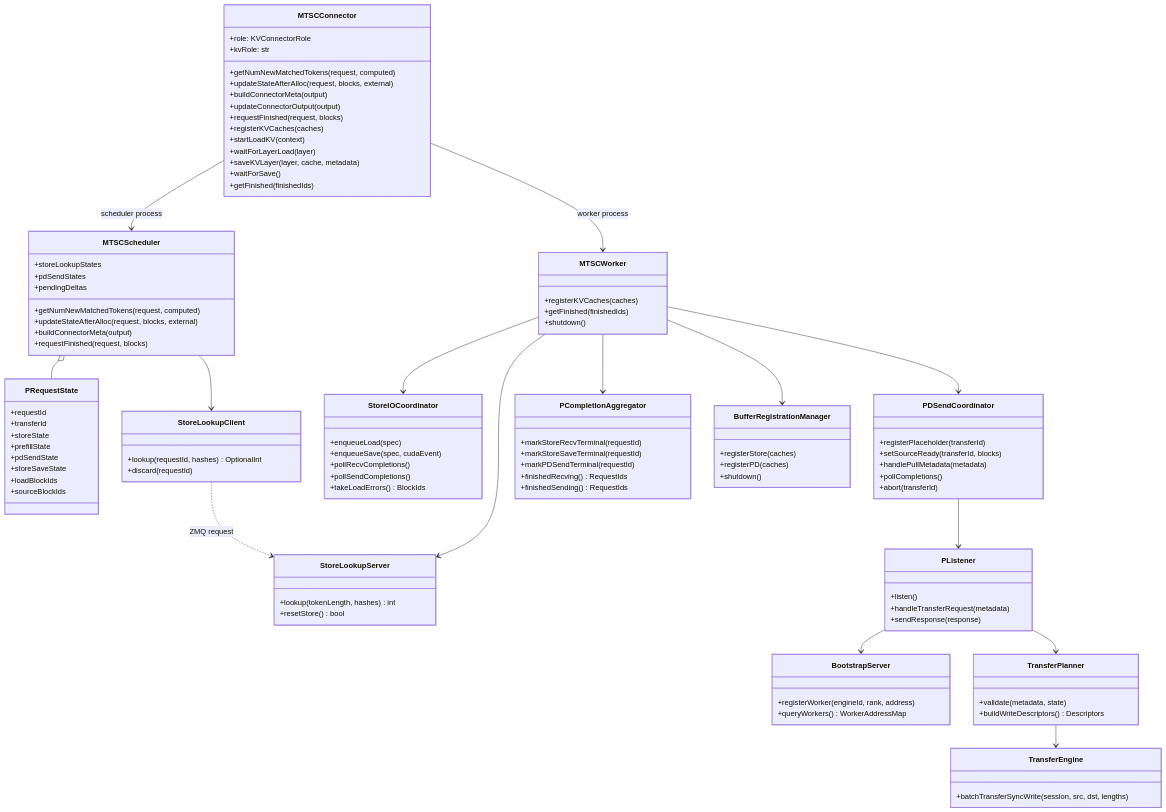
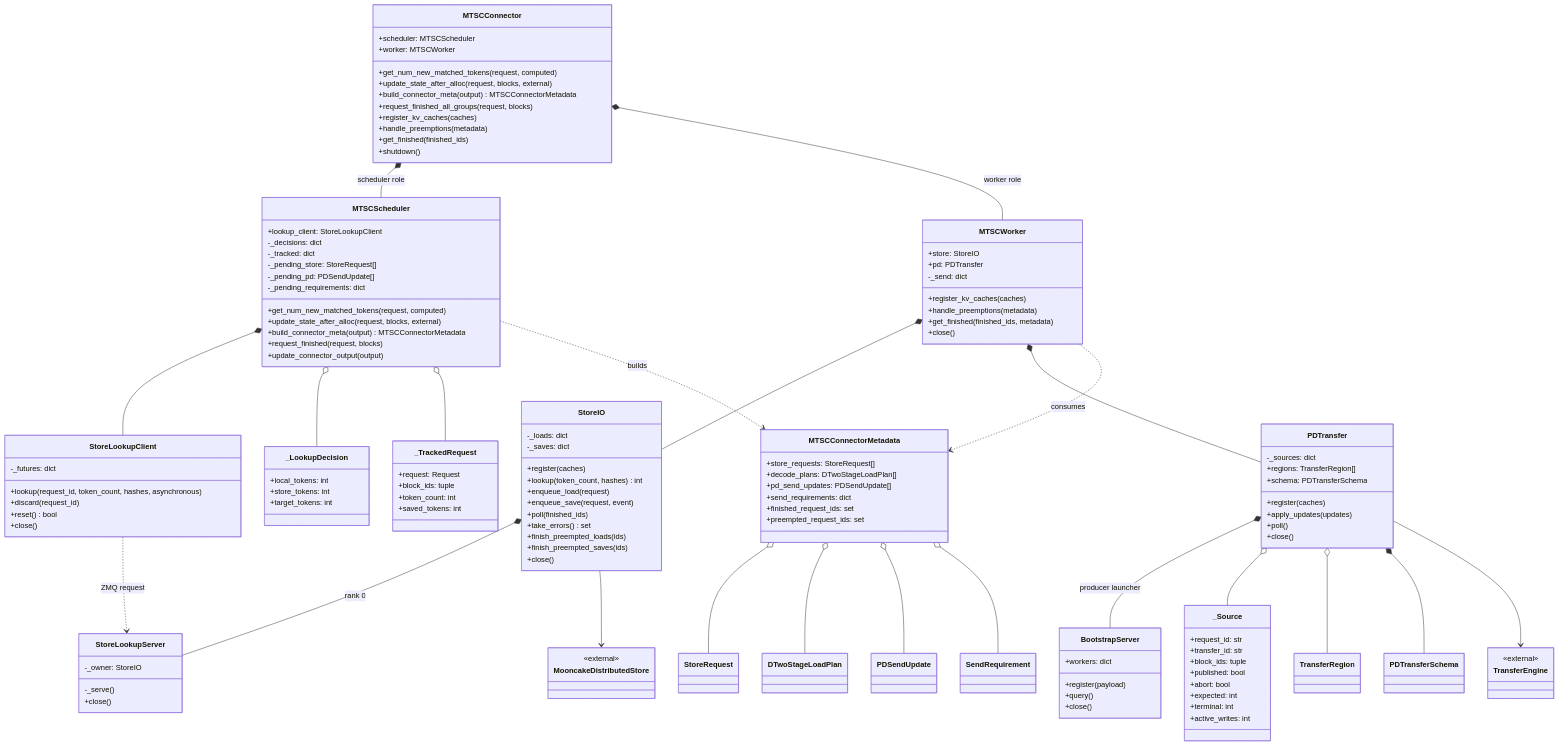
Before and after one commit to WangSu-X/MTSC: the first of 4 diagrams in docs/design/S02-prefill设计.md, drawn with Mermaid. The commit also changed other lines of this file and 18 other files, not shown here.

Commit message:
feat: two stage load v0

````diff
--- a/docs/design/S02-prefill设计.md
+++ b/docs/design/S02-prefill设计.md
@@ -163,107 +165,140 @@
 ```mermaid
 classDiagram
     class MTSCConnector {
-        +role: KVConnectorRole
-        +kvRole: str
-        +getNumNewMatchedTokens(request, computed)
-        +updateStateAfterAlloc(request, blocks, external)
-        +buildConnectorMeta(output)
-        +updateConnectorOutput(output)
-        +requestFinished(request, blocks)
-        +registerKVCaches(caches)
-        +startLoadKV(context)
-        +waitForLayerLoad(layer)
-        +saveKVLayer(layer, cache, metadata)
-        +waitForSave()
-        +getFinished(finishedIds)
+        +scheduler: MTSCScheduler
+        +worker: MTSCWorker
+        +get_num_new_matched_tokens(request, computed)
+        +update_state_after_alloc(request, blocks, external)
+        +build_connector_meta(output) MTSCConnectorMetadata
+        +request_finished_all_groups(request, blocks)
+        +register_kv_caches(caches)
+        +handle_preemptions(metadata)
+        +get_finished(finished_ids)
+        +shutdown()
     }
     class MTSCScheduler {
-        +storeLookupStates
-        +pdSendStates
-        +pendingDeltas
-        +getNumNewMatchedTokens(request, computed)
-        +updateStateAfterAlloc(request, blocks, external)
-        +buildConnectorMeta(output)
-        +requestFinished(request, blocks)
+        +lookup_client: StoreLookupClient
+        -_decisions: dict
+        -_tracked: dict
+        -_pending_store: StoreRequest[]
+        -_pending_pd: PDSendUpdate[]
+        -_pending_requirements: dict
+        +get_num_new_matched_tokens(request, computed)
+        +update_state_after_alloc(request, blocks, external)
+        +build_connector_meta(output) MTSCConnectorMetadata
+        +request_finished(request, blocks)
+        +update_connector_output(output)
     }
     class MTSCWorker {
-        +registerKVCaches(caches)
-        +getFinished(finishedIds)
-        +shutdown()
+        +store: StoreIO
+        +pd: PDTransfer
+        -_send: dict
+        +register_kv_caches(caches)
+        +handle_preemptions(metadata)
+        +get_finished(finished_ids, metadata)
+        +close()
     }
-    class PRequestState {
-        +requestId
-        +transferId
-        +storeState
-        +prefillState
-        +pdSendState
-        +storeSaveState
-        +loadBlockIds
-        +sourceBlockIds
+    class _LookupDecision {
+        +local_tokens: int
+        +store_tokens: int
+        +target_tokens: int
+    }
+    class _TrackedRequest {
+        +request: Request
+        +block_ids: tuple
+        +token_count: int
+        +saved_tokens: int
     }
     class StoreLookupClient {
-        +lookup(requestId, hashes) OptionalInt
-        +discard(requestId)
+        -_futures: dict
+        +lookup(request_id, token_count, hashes, asynchronous)
+        +discard(request_id)
+        +reset() bool
+        +close()
     }
     class StoreLookupServer {
-        +lookup(tokenLength, hashes) int
-        +resetStore() bool
+        -_owner: StoreIO
+        -_serve()
+        +close()
     }
-    class StoreIOCoordinator {
-        +enqueueLoad(spec)
-        +enqueueSave(spec, cudaEvent)
-        +pollRecvCompletions()
-        +pollSendCompletions()
-        +takeLoadErrors() BlockIds
+    class StoreIO {
+        -_loads: dict
+        -_saves: dict
+        +register(caches)
+        +lookup(token_count, hashes) int
+        +enqueue_load(request)
+        +enqueue_save(request, event)
+        +poll(finished_ids)
+        +take_errors() set
+        +finish_preempted_loads(ids)
+        +finish_preempted_saves(ids)
+        +close()
     }
-    class PDSendCoordinator {
-        +registerPlaceholder(transferId)
-        +setSourceReady(transferId, blocks)
-        +handlePullMetadata(metadata)
-        +pollCompletions()
-        +abort(transferId)
+    class PDTransfer {
+        -_sources: dict
+        +regions: TransferRegion[]
+        +schema: PDTransferSchema
+        +register(caches)
+        +apply_updates(updates)
+        +poll()
+        +close()
     }
     class BootstrapServer {
-        +registerWorker(engineId, rank, address)
-        +queryWorkers() WorkerAddressMap
+        +workers: dict
+        +register(payload)
+        +query()
+        +close()
     }
-    class PListener {
-        +listen()
-        +handleTransferRequest(metadata)
-        +sendResponse(response)
+    class _Source {
+        +request_id: str
+        +transfer_id: str
+        +block_ids: tuple
+        +published: bool
+        +abort: bool
+        +expected: int
+        +terminal: int
+        +active_writes: int
     }
-    class TransferPlanner {
-        +validate(metadata, state)
-        +buildWriteDescriptors() Descriptors
+    class MTSCConnectorMetadata {
+        +store_requests: StoreRequest[]
+        +decode_plans: DTwoStageLoadPlan[]
+        +pd_send_updates: PDSendUpdate[]
+        +send_requirements: dict
+        +finished_request_ids: set
+        +preempted_request_ids: set
+    }
+    class StoreRequest
+    class DTwoStageLoadPlan
+    class PDSendUpdate
+    class SendRequirement
+    class TransferRegion
+    class PDTransferSchema
+    class MooncakeDistributedStore {
+        <<external>>
     }
     class TransferEngine {
-        +batchTransferSyncWrite(session, src, dst, lengths)
-    }
-    class PCompletionAggregator {
-        +markStoreRecvTerminal(requestId)
-        +markStoreSaveTerminal(requestId)
-        +markPDSendTerminal(requestId)
-        +finishedRecving() RequestIds
-        +finishedSending() RequestIds
-    }
-    class BufferRegistrationManager {
-        +registerStore(caches)
-        +registerPD(caches)
-        +shutdown()
+        <<external>>
     }
 
-    MTSCConnector --> MTSCScheduler : scheduler process
-    MTSCConnector --> MTSCWorker : worker process
-    MTSCScheduler o-- PRequestState
-    MTSCScheduler --> StoreLookupClient
+    MTSCConnector *-- MTSCScheduler : scheduler role
+    MTSCConnector *-- MTSCWorker : worker role
+    MTSCScheduler *-- StoreLookupClient
+    MTSCScheduler o-- _LookupDecision
+    MTSCScheduler o-- _TrackedRequest
+    MTSCScheduler ..> MTSCConnectorMetadata : builds
     StoreLookupClient ..> StoreLookupServer : ZMQ request
-    MTSCWorker --> StoreIOCoordinator
-    MTSCWorker --> StoreLookupServer
-    MTSCWorker --> PDSendCoordinator
-    MTSCWorker --> PCompletionAggregator
-    MTSCWorker --> BufferRegistrationManager
-    PDSendCoordinator --> PListener
-    PListener --> BootstrapServer
-    PListener --> TransferPlanner
-    TransferPlanner --> TransferEngine
+    MTSCWorker *-- StoreIO
+    MTSCWorker *-- PDTransfer
+    MTSCWorker ..> MTSCConnectorMetadata : consumes
+    StoreIO *-- StoreLookupServer : rank 0
+    StoreIO --> MooncakeDistributedStore
+    PDTransfer *-- BootstrapServer : producer launcher
+    PDTransfer o-- _Source
+    PDTransfer o-- TransferRegion
+    PDTransfer *-- PDTransferSchema
+    PDTransfer --> TransferEngine
+    MTSCConnectorMetadata o-- StoreRequest
+    MTSCConnectorMetadata o-- DTwoStageLoadPlan
+    MTSCConnectorMetadata o-- PDSendUpdate
+    MTSCConnectorMetadata o-- SendRequirement
 ```
````
